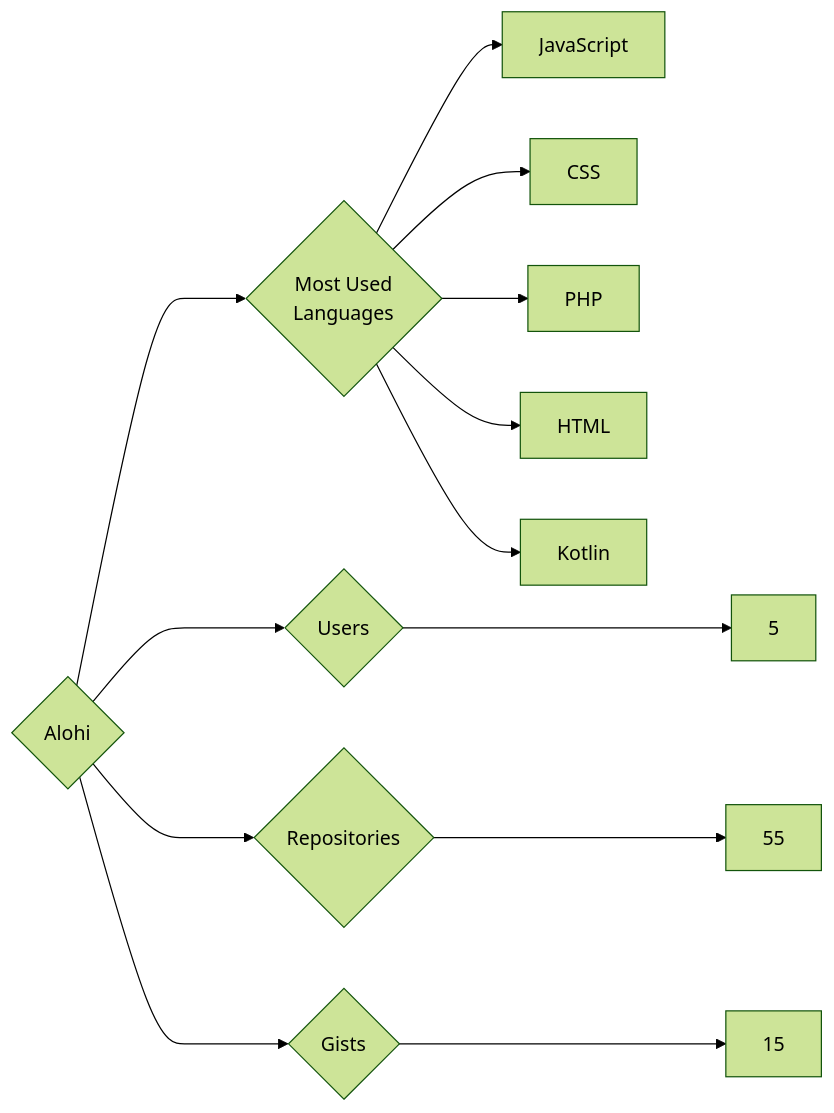
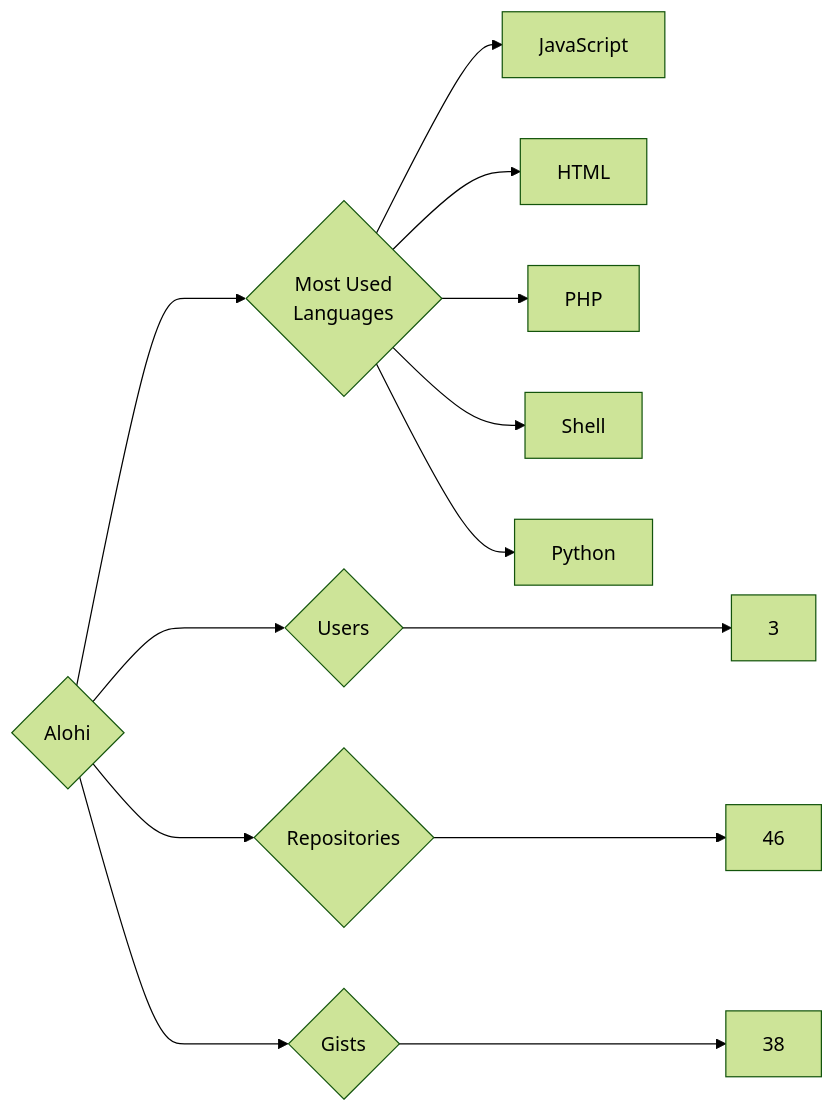
The diagram in targets/Alohi/README.md (trickest/insiders), drawn with Mermaid (forest theme) before and after one commit. The commit also changed 895 other files, not shown here.

````diff
--- a/targets/Alohi/README.md
+++ b/targets/Alohi/README.md
@@ -3,13 +3,13 @@
 ```mermaid
 graph LR
 COMPANY_NAME{Alohi}
-COMPANY_NAME ---> U{Users} ---> UN[5]
-COMPANY_NAME ---> R{Repositories} ---> RN[55]
-COMPANY_NAME ---> G{Gists} ---> GN[15]
+COMPANY_NAME ---> U{Users} ---> UN[3]
+COMPANY_NAME ---> R{Repositories} ---> RN[46]
+COMPANY_NAME ---> G{Gists} ---> GN[38]
 COMPANY_NAME ---> ML{Most Used<br>Languages}
 ML --> JavaScript[JavaScript]
-ML --> CSS[CSS]
+ML --> HTML[HTML]
 ML --> PHP[PHP]
-ML --> HTML[HTML]
-ML --> Kotlin[Kotlin]
+ML --> Shell[Shell]
+ML --> Python[Python]
 ```
````
